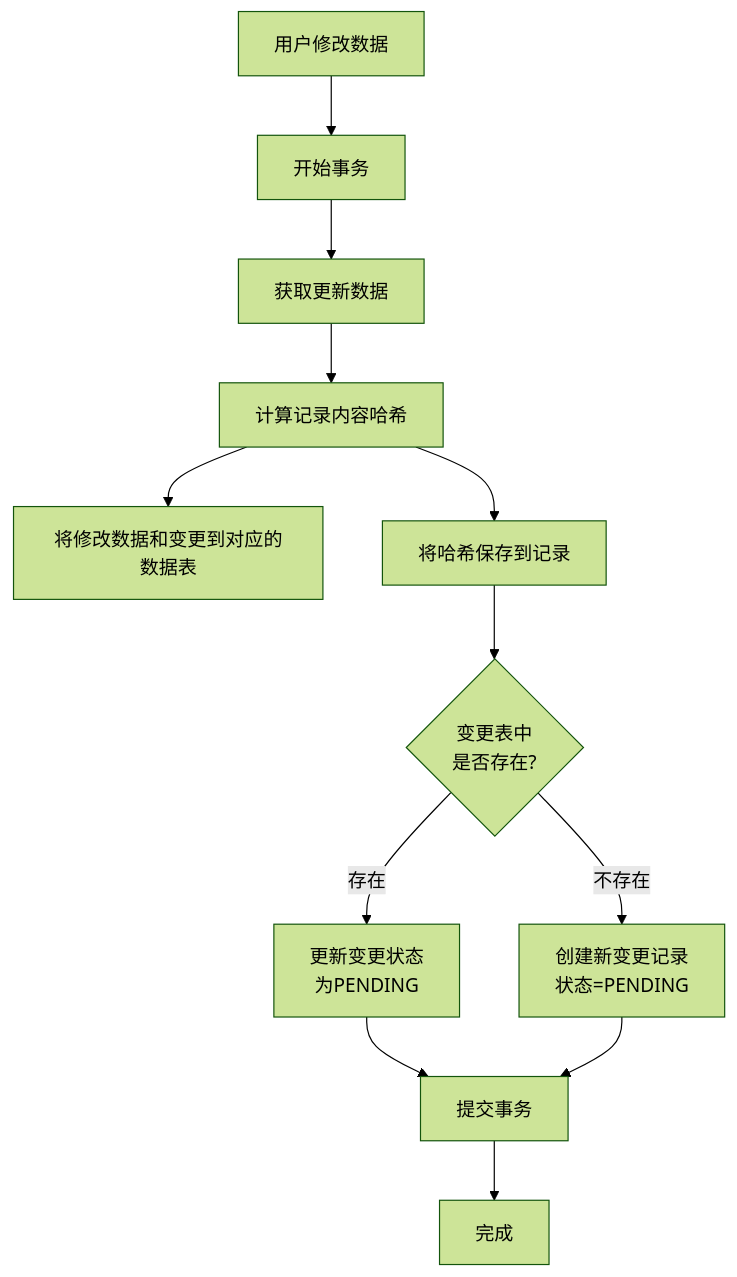
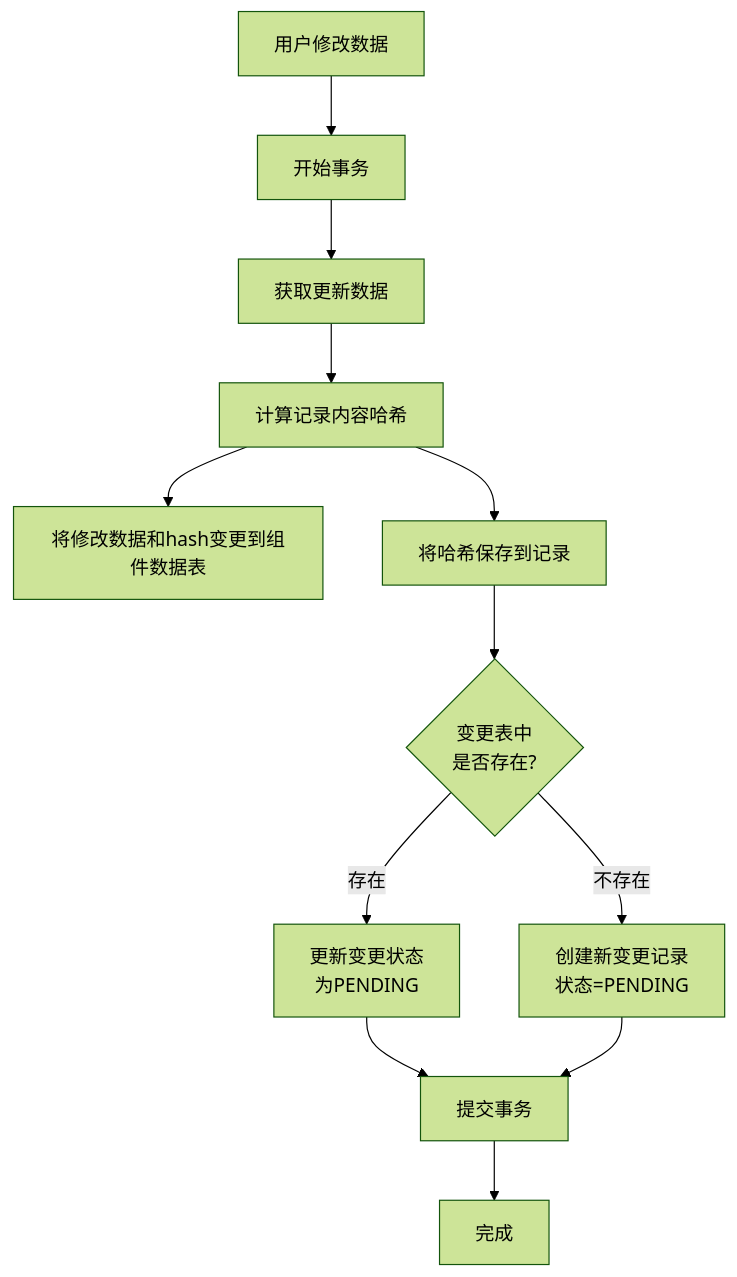
The diagram in all/未命名-42.md (yingjianzh/iodraw-files), drawn with Mermaid (forest theme) before and after one commit.

Commit message:
2025-04-24 15:27:51 update

````diff
--- a/all/未命名-42.md
+++ b/all/未命名-42.md
@@ -1,16 +1,16 @@
 ```mermaid
 flowchart TD
     Start[用户修改数据] --> StartTransaction[开始事务]
     StartTransaction --> UpdateRecord[获取更新数据]
     UpdateRecord --> ComputeHash[计算记录内容哈希]
-    ComputeHash --> C[将修改数据和变更到对应的数据表]
+    ComputeHash --> C[将修改数据和hash变更到组件数据表]
     ComputeHash --> SaveHash[将哈希保存到记录]
     
     SaveHash --> CheckChangeExists{变更表中\n是否存在?}
     CheckChangeExists -- 存在 --> UpdateChange[更新变更状态\n为PENDING]
     CheckChangeExists -- 不存在 --> CreateChange[创建新变更记录\n状态=PENDING]
     
     UpdateChange --> CommitTransaction[提交事务]
     CreateChange --> CommitTransaction
     CommitTransaction --> End[完成]
 ```
````
